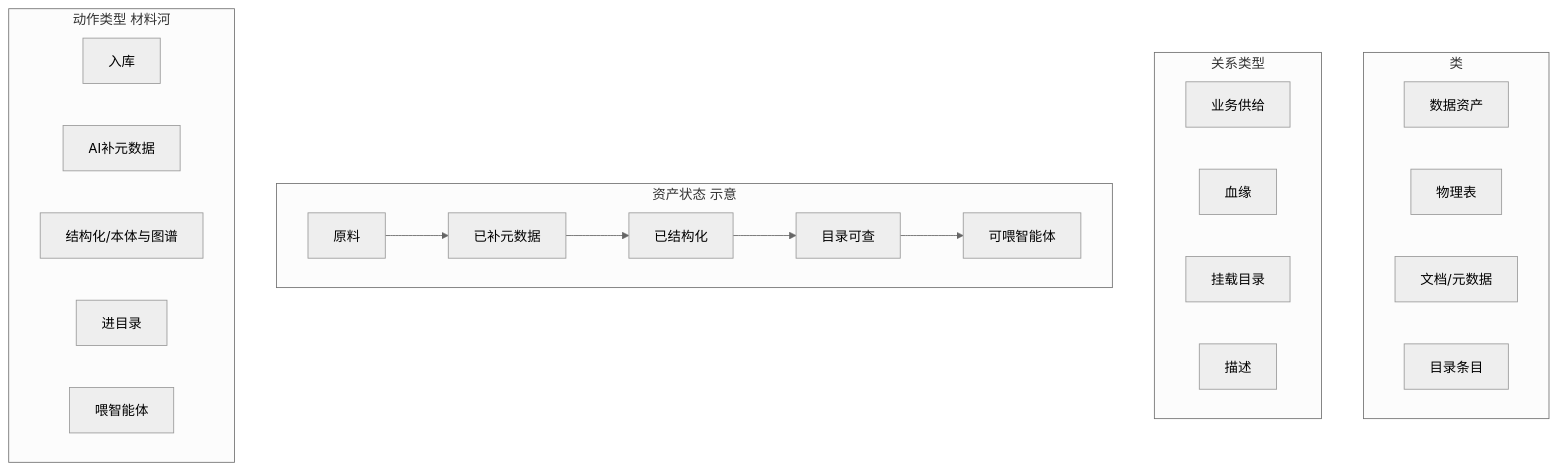
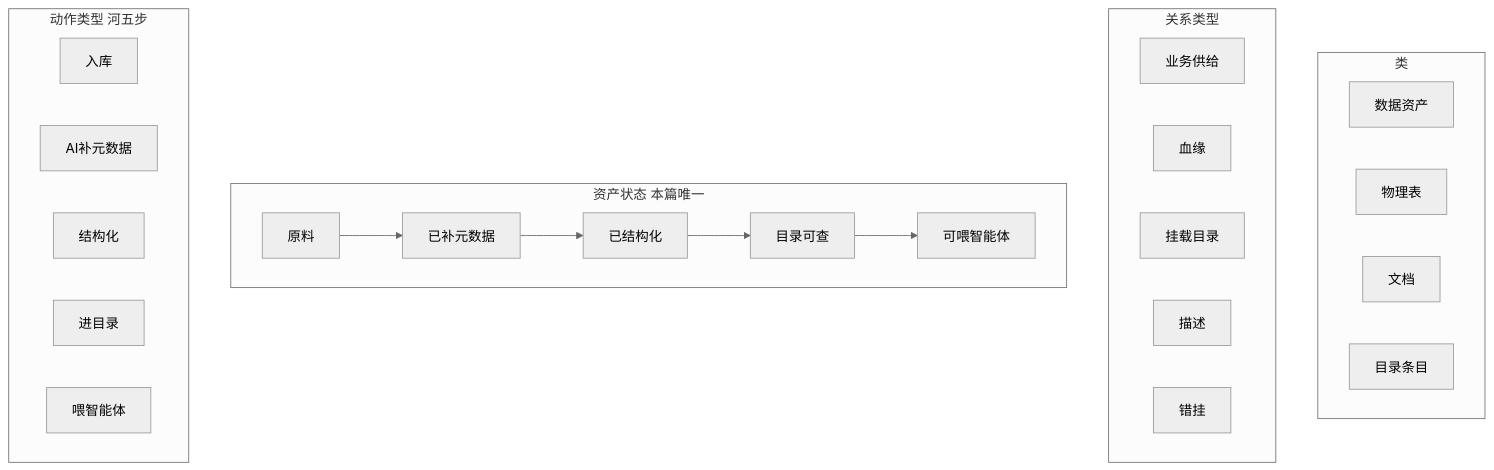
Diagram 13 of 46 in docs/contracts/ONTOLOGY_PPT_SCENARIOS.md (zhuxiangqun/aiPlatform), drawn with Mermaid (neutral theme) before and after one commit. The commit also changed other lines of this file, not shown here.

````diff
--- a/docs/contracts/ONTOLOGY_PPT_SCENARIOS.md
+++ b/docs/contracts/ONTOLOGY_PPT_SCENARIOS.md
@@ -338,28 +593,29 @@
 ```mermaid
 flowchart TB
   subgraph lei [类]
     zc["数据资产"]
     wl["物理表"]
-    ml["文档/元数据"]
+    ml["文档"]
     ml2["目录条目"]
   end
   subgraph gx [关系类型]
     gy["业务供给"]
     yy["血缘"]
     gs["挂载目录"]
     ms["描述"]
+    cg["错挂"]
   end
-  subgraph zt [资产状态 示意]
+  subgraph zt [资产状态 本篇唯一]
     s0["原料"] --> s1["已补元数据"]
     s1 --> s2["已结构化"]
     s2 --> s3["目录可查"]
     s3 --> s4["可喂智能体"]
   end
-  subgraph dz [动作类型 材料河]
+  subgraph dz [动作类型 河五步]
     d1["入库"]
     d2["AI补元数据"]
-    d3["结构化/本体与图谱"]
+    d3["结构化"]
     d4["进目录"]
     d5["喂智能体"]
   end
 ```
````
